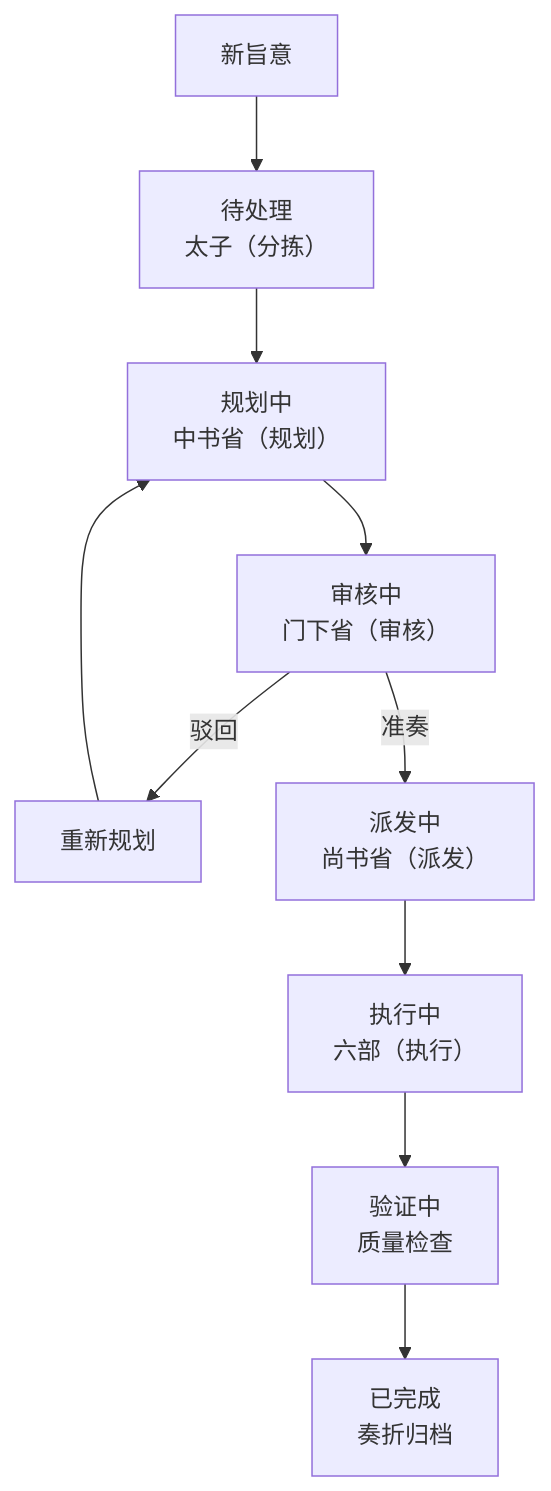
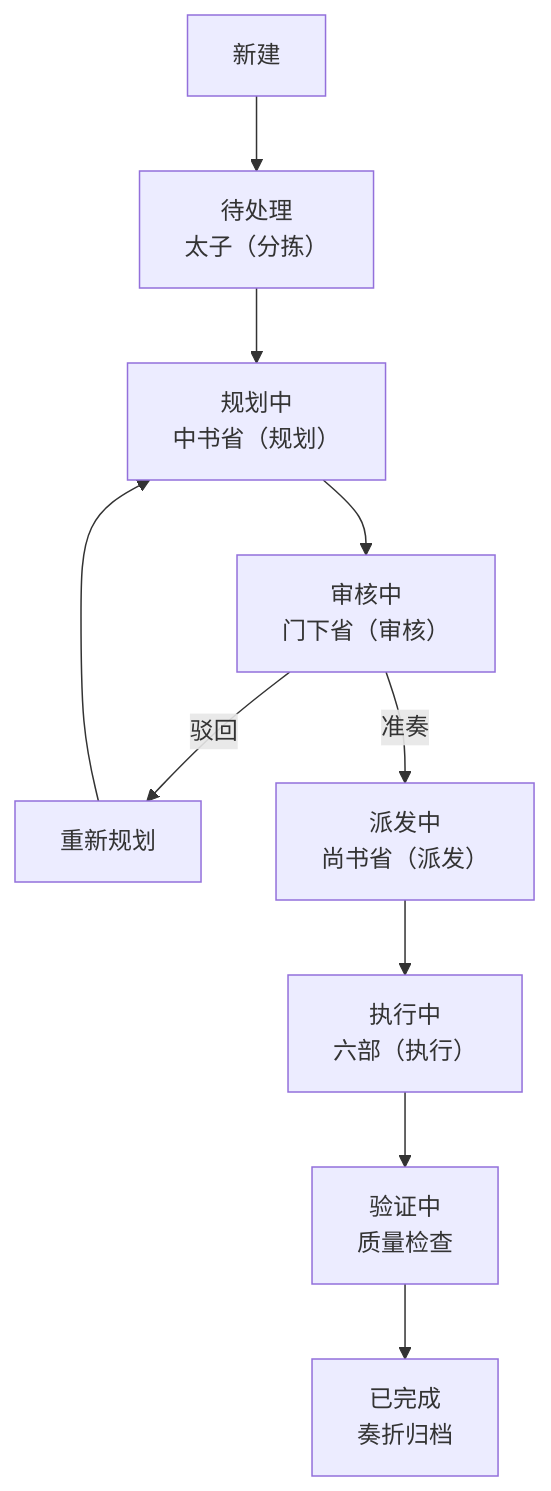
One commit to fourmigh/ZhenguanEdict changed the second of 2 diagrams in docs/Architecture-Design-架构设计.md. Above: the diagram before and after it, drawn with Mermaid. The commit also changed other lines of this file and 2 other files, not shown here.

````diff
--- a/docs/Architecture-Design-架构设计.md
+++ b/docs/Architecture-Design-架构设计.md
@@ -104,12 +129,12 @@
 ```mermaid
 graph TB
-    S["新旨意"] --> D["待处理<br/>太子（分拣）"]
+    S["新建"] --> D["待处理<br/>太子（分拣）"]
     D --> P["规划中<br/>中书省（规划）"]
     P --> R["审核中<br/>门下省（审核）"]
     R -->|"驳回"| RP["重新规划"]
     RP --> P
     R -->|"准奏"| DP["派发中<br/>尚书省（派发）"]
     DP --> E["执行中<br/>六部（执行）"]
     E --> V["验证中<br/>质量检查"]
     V --> DN["已完成<br/>奏折归档"]
 ```
````
